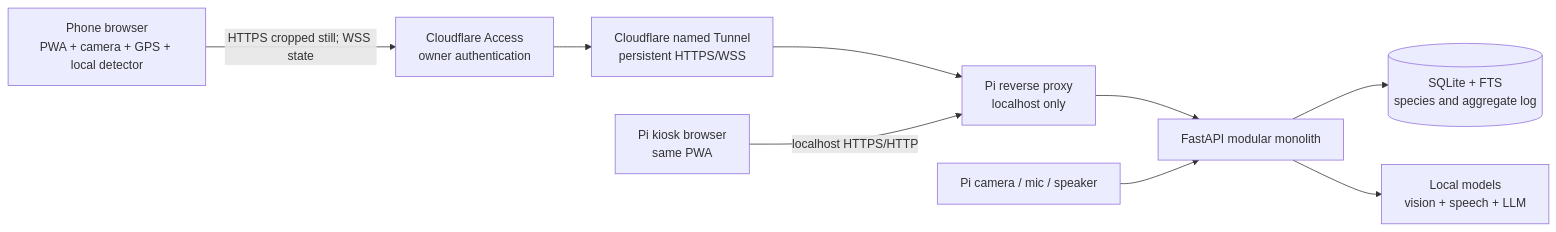
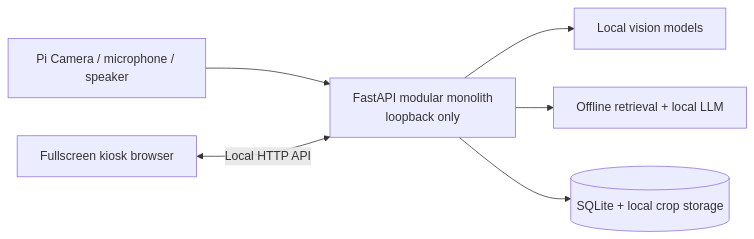
Before and after one commit to KisoreAbhinav/Botanika: the diagram in docs/PI_ARCHITECTURE_AND_ROADMAP.md, drawn with Mermaid. The commit also changed other lines of this file and 52 other files, not shown here.

````diff
--- a/docs/PI_ARCHITECTURE_AND_ROADMAP.md
+++ b/docs/PI_ARCHITECTURE_AND_ROADMAP.md
@@ -74,18 +52,15 @@
 ```mermaid
 flowchart LR
-    P[Phone browser\nPWA + camera + GPS + local detector]
-    C[Cloudflare Access\nowner authentication]
-    T[Cloudflare named Tunnel\npersistent HTTPS/WSS]
-    G[Pi reverse proxy\nlocalhost only]
-    A[FastAPI modular monolith]
-    W[Pi kiosk browser\nsame PWA]
-    H[Pi camera / mic / speaker]
-    D[(SQLite + FTS\nspecies and aggregate log)]
-    M[Local models\nvision + speech + LLM]
+    H[Pi Camera / microphone / speaker]
+    K[Fullscreen kiosk browser]
+    A[FastAPI modular monolith\nloopback only]
+    V[Local vision models]
+    R[Offline retrieval + local LLM]
+    D[(SQLite + local crop storage)]
 
-    P -->|HTTPS cropped still; WSS state| C --> T --> G --> A
-    W -->|localhost HTTPS/HTTP| G
     H --> A
+    K <-->|Local HTTP API| A
+    A --> V
+    A --> R
     A --> D
-    A --> M
 ```
````
